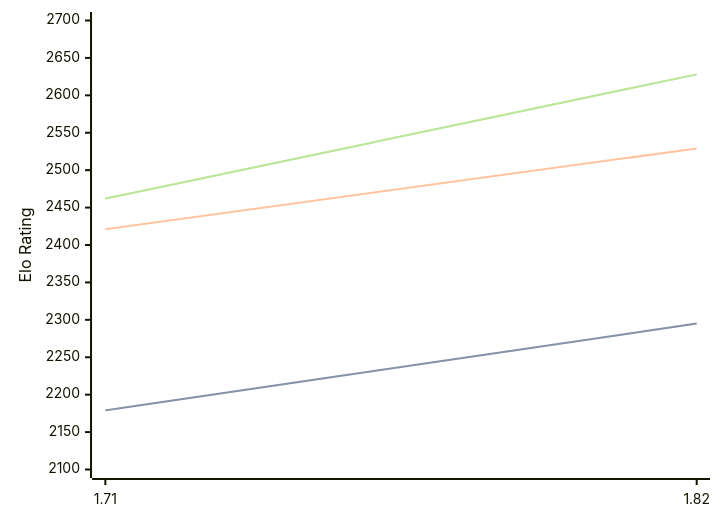
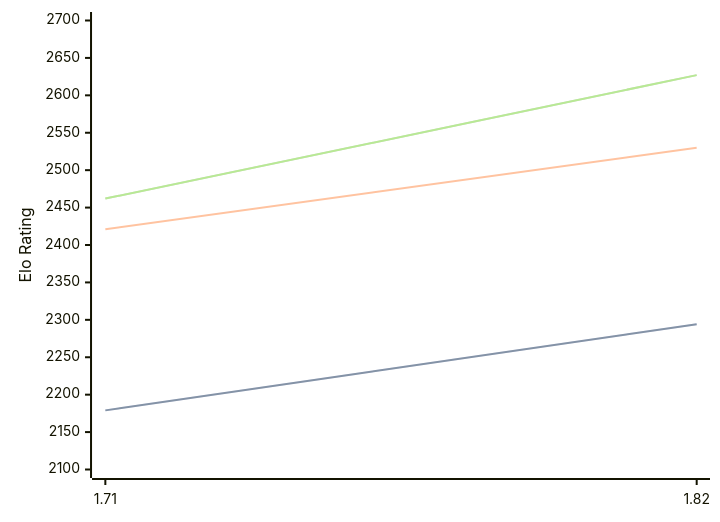
The third of 3 diagrams in engines/Amira.md (computer-chess-index/cci), drawn with Mermaid before and after one commit. The commit also changed other lines of this file, not shown here.

Commit message:
Update CCI Ratings (ELO VLTC) - 2026-07-11

````diff
--- a/engines/Amira.md
+++ b/engines/Amira.md
@@ -68,11 +68,11 @@
 ```mermaid
 %%{init: {"theme":"base","themeVariables":{"seriesColors:['#a3a3a3','#222221','#faa371']}}}%%
 xychart-beta
   x-axis ["1.71", "1.82"]
   y-axis "Elo Rating" 2100 --> 2700
-  line "STC (8.0+0.08s)" [2179, 2295]
-  line "STC (8.0+0.08s)" [2179, 2295]
-  line "LTC (60.0+0.60s)" [2421, 2529]
-  line "VLTC (2m24s+1.12s)" [2462, 2628]
-  line "VLTC (2m24s+1.12s)" [2462, 2628]
+  line "STC (8.0+0.08s)" [2179, 2294]
+  line "STC (8.0+0.08s)" [2179, 2294]
+  line "LTC (60.0+0.60s)" [2421, 2530]
+  line "VLTC (2m24s+1.12s)" [2462, 2627]
+  line "VLTC (2m24s+1.12s)" [2462, 2627]
 ```
````
